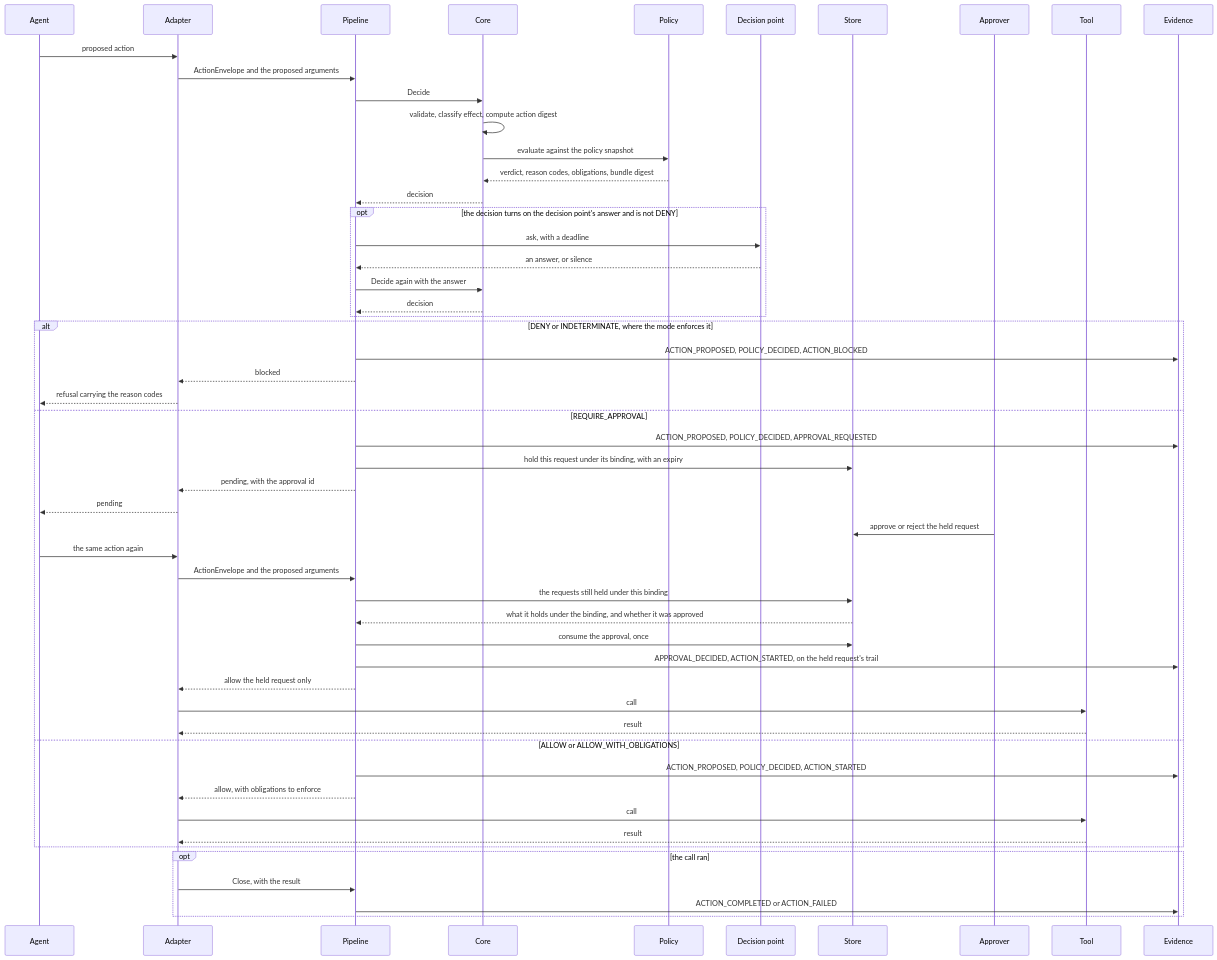
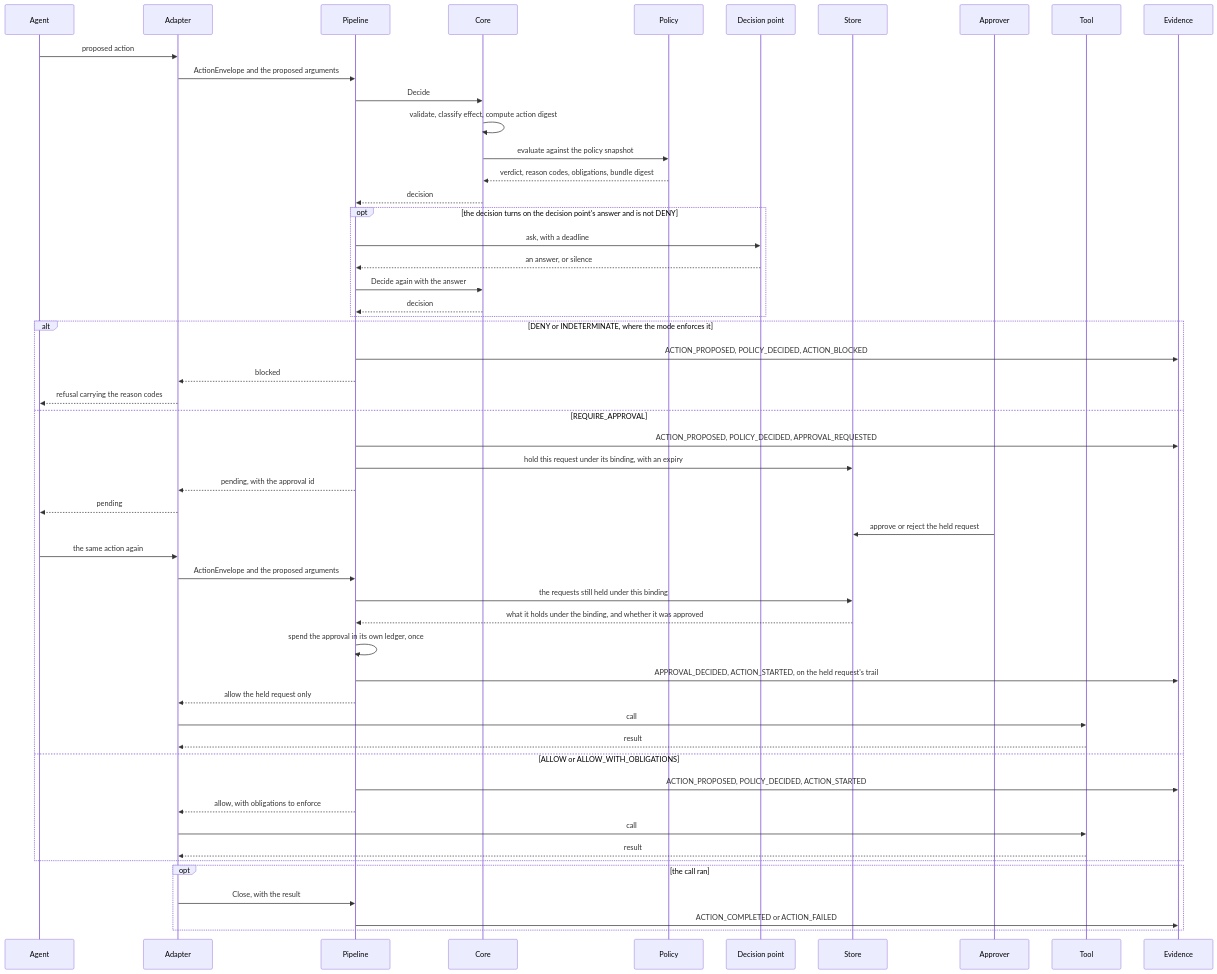
Before and after one commit to guardana/control: the third of 4 diagrams in docs/concepts/architecture.md, drawn with Mermaid. The commit also changed 106 other files, not shown here.

````diff
--- a/docs/concepts/architecture.md
+++ b/docs/concepts/architecture.md
@@ -142,57 +142,57 @@
 ```mermaid
 sequenceDiagram
     accTitle: The request path
     accDescr: The adapter hands a proposed action to the pipeline, whose kernel evaluates the policy snapshot and may take a decision point's answer; the pipeline records the proposal and the decision, then a denied or undetermined call is refused and its block recorded, a call that needs approval is recorded as requested and held until an identical retry consumes it, and a call that runs is recorded as started before the tool is called and as completed or failed once the adapter hands back its result.
     participant Agent
     participant Adapter
     participant Pipeline
     participant Core
     participant Policy
     participant PDP as Decision point
     participant Store
     participant Approver
     participant Tool
     participant Evidence
     Agent->>Adapter: proposed action
     Adapter->>Pipeline: ActionEnvelope and the proposed arguments
     Pipeline->>Core: Decide
     Core->>Core: validate, classify effect, compute action digest
     Core->>Policy: evaluate against the policy snapshot
     Policy-->>Core: verdict, reason codes, obligations, bundle digest
     Core-->>Pipeline: decision
     opt the decision turns on the decision point's answer and is not DENY
         Pipeline->>PDP: ask, with a deadline
         PDP-->>Pipeline: an answer, or silence
         Pipeline->>Core: Decide again with the answer
         Core-->>Pipeline: decision
     end
     alt DENY or INDETERMINATE, where the mode enforces it
         Pipeline->>Evidence: ACTION_PROPOSED, POLICY_DECIDED, ACTION_BLOCKED
         Pipeline-->>Adapter: blocked
         Adapter-->>Agent: refusal carrying the reason codes
     else REQUIRE_APPROVAL
         Pipeline->>Evidence: ACTION_PROPOSED, POLICY_DECIDED, APPROVAL_REQUESTED
         Pipeline->>Store: hold this request under its binding, with an expiry
         Pipeline-->>Adapter: pending, with the approval id
         Adapter-->>Agent: pending
         Approver->>Store: approve or reject the held request
         Agent->>Adapter: the same action again
         Adapter->>Pipeline: ActionEnvelope and the proposed arguments
         Pipeline->>Store: the requests still held under this binding
         Store-->>Pipeline: what it holds under the binding, and whether it was approved
-        Pipeline->>Store: consume the approval, once
+        Pipeline->>Pipeline: spend the approval in its own ledger, once
         Pipeline->>Evidence: APPROVAL_DECIDED, ACTION_STARTED, on the held request's trail
         Pipeline-->>Adapter: allow the held request only
         Adapter->>Tool: call
         Tool-->>Adapter: result
     else ALLOW or ALLOW_WITH_OBLIGATIONS
         Pipeline->>Evidence: ACTION_PROPOSED, POLICY_DECIDED, ACTION_STARTED
         Pipeline-->>Adapter: allow, with obligations to enforce
         Adapter->>Tool: call
         Tool-->>Adapter: result
     end
     opt the call ran
         Adapter->>Pipeline: Close, with the result
         Pipeline->>Evidence: ACTION_COMPLETED or ACTION_FAILED
     end
 ```
````
